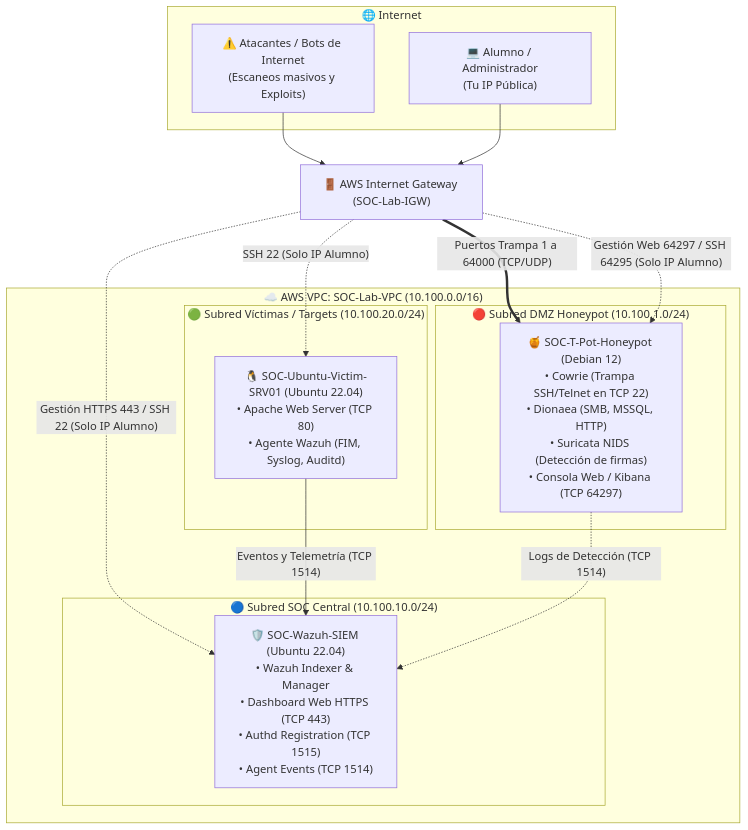
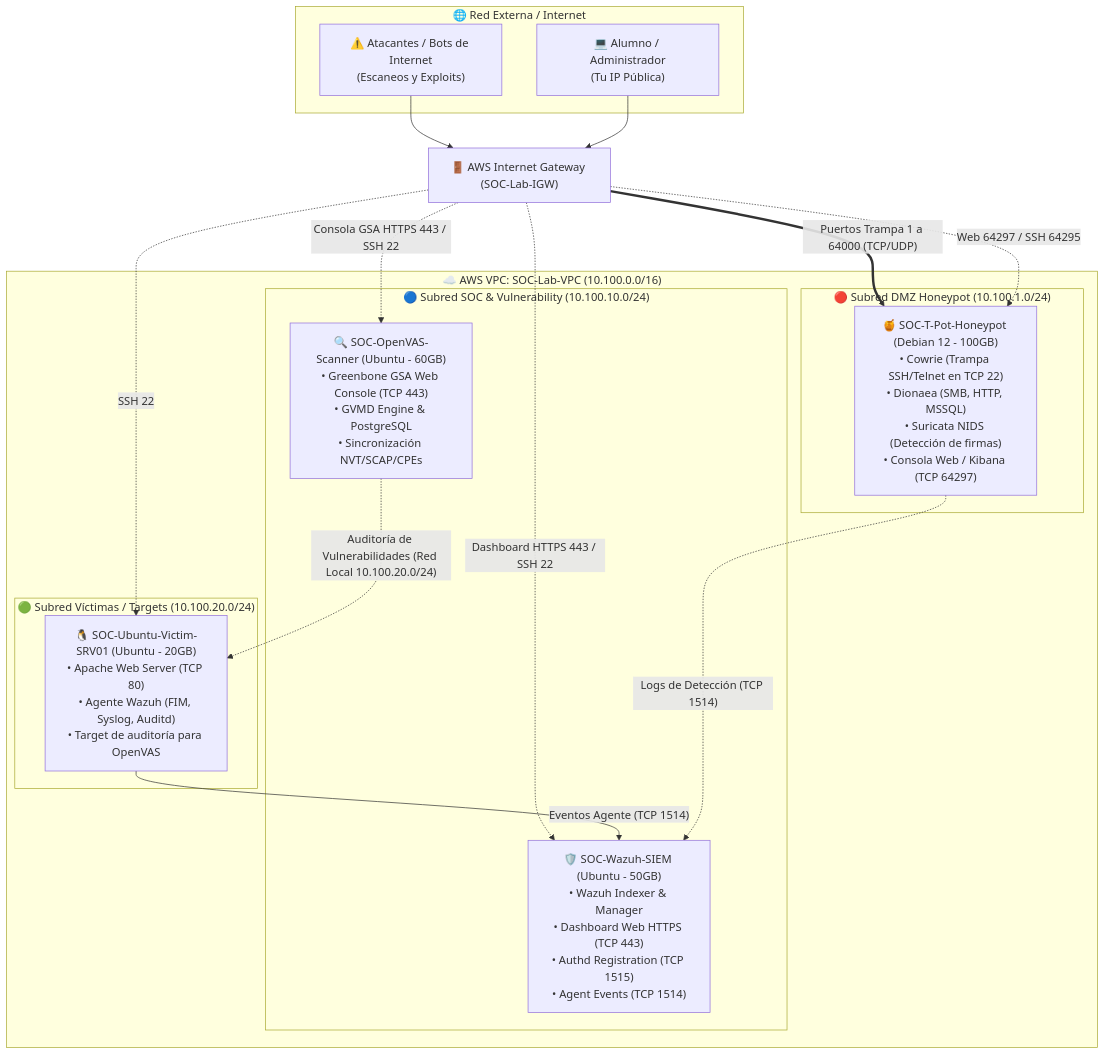
One commit to d-arroyo1974/laboratorio-soc-honeypot-aws changed the diagram in README.md. Above: the diagram before and after it, drawn with Mermaid. The commit also changed other lines of this file and 1 other file, not shown here.

Commit message:
Add OpenVAS Vulnerability Scanner and production sizing matrix

````diff
--- a/README.md
+++ b/README.md
@@ -21,35 +37,44 @@
 ```mermaid
 flowchart TD
-    subgraph Internet ["🌐 Internet"]
-        Attacker["⚠️ Atacantes / Bots de Internet\n(Escaneos masivos y Exploits)"]
+    subgraph Internet ["🌐 Red Externa / Internet"]
+        Attacker["⚠️ Atacantes / Bots de Internet\n(Escaneos y Exploits)"]
         Student["💻 Alumno / Administrador\n(Tu IP Pública)"]
     end
 
     IGW["🚪 AWS Internet Gateway (SOC-Lab-IGW)"]
     Attacker --> IGW
     Student --> IGW
 
     subgraph AWS_VPC ["☁️ AWS VPC: SOC-Lab-VPC (10.100.0.0/16)"]
 
         subgraph Subnet_DMZ ["🔴 Subred DMZ Honeypot (10.100.1.0/24)"]
-            TPot["🍯 SOC-T-Pot-Honeypot (Debian 12)\n• Cowrie (Trampa SSH/Telnet en TCP 22)\n• Dionaea (SMB, MSSQL, HTTP)\n• Suricata NIDS (Detección de firmas)\n• Consola Web / Kibana (TCP 64297)"]
+            TPot["🍯 SOC-T-Pot-Honeypot (Debian 12 - 100GB)\n• Cowrie (Trampa SSH/Telnet en TCP 22)\n• Dionaea (SMB, HTTP, MSSQL)\n• Suricata NIDS (Detección de firmas)\n• Consola Web / Kibana (TCP 64297)"]
         end
 
-        subgraph Subnet_SOC ["🔵 Subred SOC Central (10.100.10.0/24)"]
-            Wazuh["🛡️ SOC-Wazuh-SIEM (Ubuntu 22.04)\n• Wazuh Indexer & Manager\n• Dashboard Web HTTPS (TCP 443)\n• Authd Registration (TCP 1515)\n• Agent Events (TCP 1514)"]
+        subgraph Subnet_SOC ["🔵 Subred SOC & Vulnerability (10.100.10.0/24)"]
+            Wazuh["🛡️ SOC-Wazuh-SIEM (Ubuntu - 50GB)\n• Wazuh Indexer & Manager\n• Dashboard Web HTTPS (TCP 443)\n• Authd Registration (TCP 1515)\n• Agent Events (TCP 1514)"]
+            OpenVAS["🔍 SOC-OpenVAS-Scanner (Ubuntu - 60GB)\n• Greenbone GSA Web Console (TCP 443)\n• GVMD Engine & PostgreSQL\n• Sincronización NVT/SCAP/CPEs"]
         end
 
         subgraph Subnet_Targets ["🟢 Subred Víctimas / Targets (10.100.20.0/24)"]
-            Victim["🐧 SOC-Ubuntu-Victim-SRV01 (Ubuntu 22.04)\n• Apache Web Server (TCP 80)\n• Agente Wazuh (FIM, Syslog, Auditd)"]
+            Victim["🐧 SOC-Ubuntu-Victim-SRV01 (Ubuntu - 20GB)\n• Apache Web Server (TCP 80)\n• Agente Wazuh (FIM, Syslog, Auditd)\n• Target de auditoría para OpenVAS"]
         end
 
     end
 
+    %% Tráfico de Atacantes
     IGW ==>|"Puertos Trampa 1 a 64000 (TCP/UDP)"| TPot
-    IGW -.->|"Gestión HTTPS 443 / SSH 22 (Solo IP Alumno)"| Wazuh
-    IGW -.->|"Gestión Web 64297 / SSH 64295 (Solo IP Alumno)"| TPot
-    IGW -.->|"SSH 22 (Solo IP Alumno)"| Victim
 
-    Victim -->|"Eventos y Telemetría (TCP 1514)"| Wazuh
+    %% Tráfico Administrativo (Solo IP Alumno)
+    IGW -.->|"Dashboard HTTPS 443 / SSH 22"| Wazuh
+    IGW -.->|"Consola GSA HTTPS 443 / SSH 22"| OpenVAS
+    IGW -.->|"Web 64297 / SSH 64295"| TPot
+    IGW -.->|"SSH 22"| Victim
+
+    %% Telemetría hacia Wazuh SIEM
+    Victim -->|"Eventos Agente (TCP 1514)"| Wazuh
     TPot -.->|"Logs de Detección (TCP 1514)"| Wazuh
+
+    %% Auditoría interna de OpenVAS
+    OpenVAS -.->|"Auditoría de Vulnerabilidades (Red Local 10.100.20.0/24)"| Victim
 ```
````
